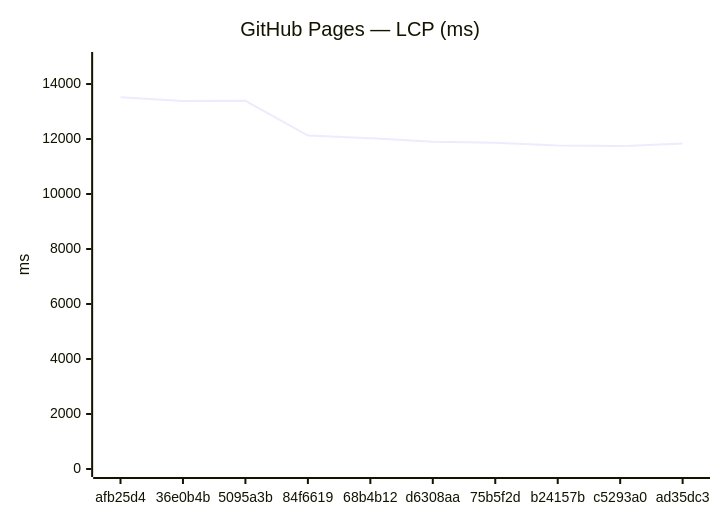
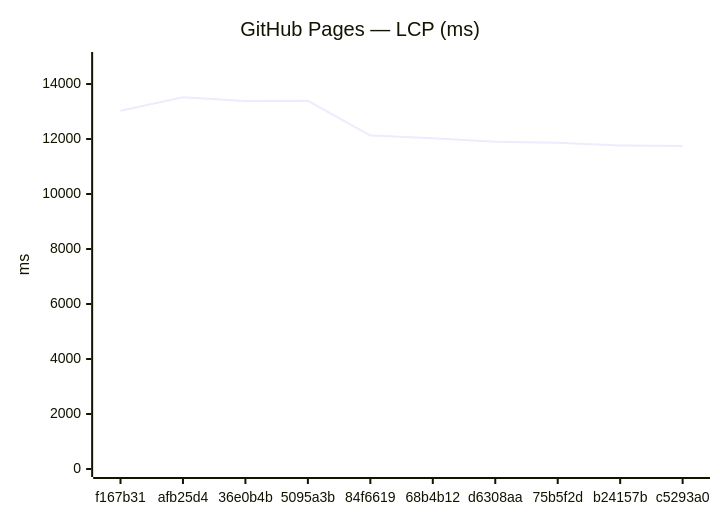
Before and after one commit to Metaheurist/Rianell: the third of 18 diagrams in benchmarks/compare.md, drawn with Mermaid. The commit also changed other lines of this file and 11 other files, not shown here.

````diff
--- a/benchmarks/compare.md
+++ b/benchmarks/compare.md
@@ -54,7 +54,7 @@
 ```mermaid
 xychart-beta
     title "GitHub Pages — LCP (ms)"
-    x-axis ["afb25d4", "36e0b4b", "5095a3b", "84f6619", "68b4b12", "d6308aa", "75b5f2d", "b24157b", "c5293a0", "ad35dc3"]
+    x-axis ["f167b31", "afb25d4", "36e0b4b", "5095a3b", "84f6619", "68b4b12", "d6308aa", "75b5f2d", "b24157b", "c5293a0"]
     y-axis "ms" 0 --> 14874
-    line [13521, 13383, 13388, 12127, 12028, 11904, 11863, 11768, 11742, 11838]
+    line [13032, 13521, 13383, 13388, 12127, 12028, 11904, 11863, 11768, 11742]
 ```
````
